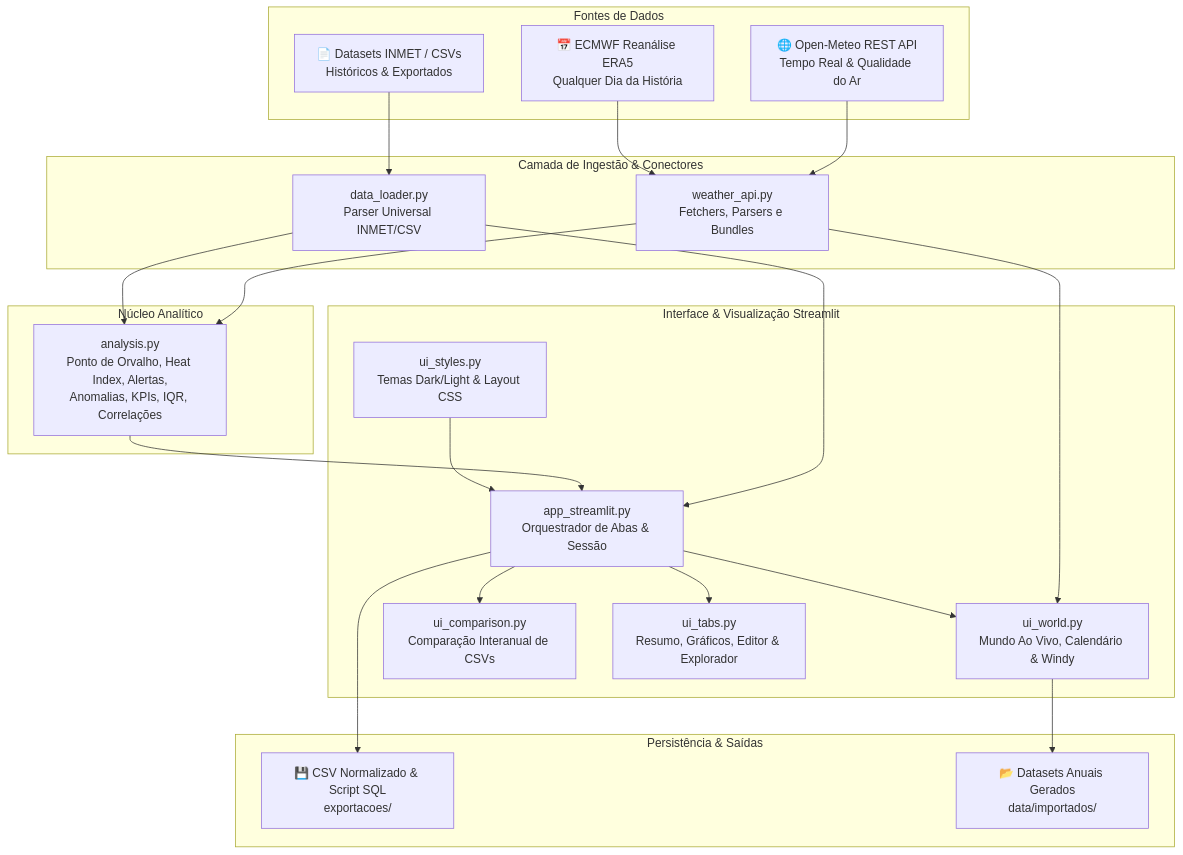
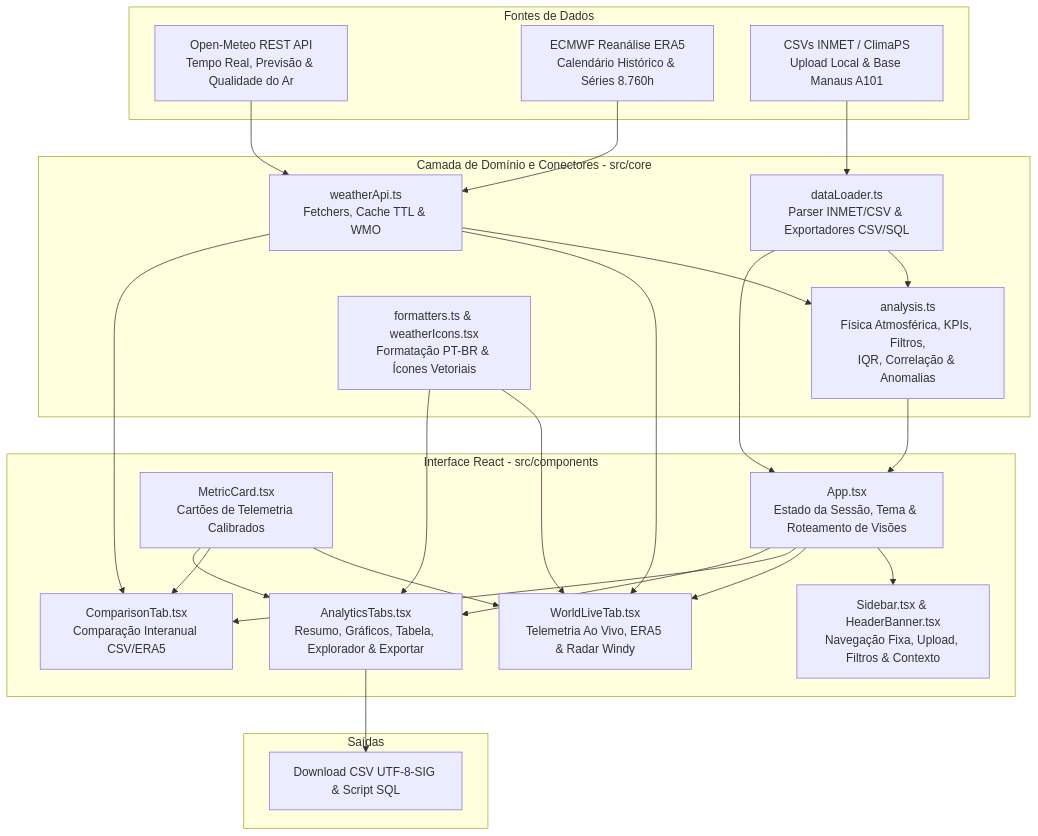
Before and after one commit to Sn0wdem/ClimaPS: the diagram in README.md, drawn with Mermaid. The commit also changed other lines of this file and 3 other files, not shown here.

````diff
--- a/README.md
+++ b/README.md
@@ -342,45 +174,48 @@
 ```mermaid
 flowchart TD
     subgraph Fontes de Dados
-        A[🌐 Open-Meteo REST API\nTempo Real & Qualidade do Ar]
-        B[📅 ECMWF Reanálise ERA5\nQualquer Dia da História]
-        C[📄 Datasets INMET / CSVs\nHistóricos & Exportados]
+        A[Open-Meteo REST API\nTempo Real, Previsão & Qualidade do Ar]
+        B[ECMWF Reanálise ERA5\nCalendário Histórico & Séries 8.760h]
+        C[CSVs INMET / ClimaPS\nUpload Local & Base Manaus A101]
     end
 
-    subgraph Camada de Ingestão & Conectores
-        W[weather_api.py\nFetchers, Parsers e Bundles]
-        D[data_loader.py\nParser Universal INMET/CSV]
+    subgraph Camada de Domínio e Conectores - src/core
+        W[weatherApi.ts\nFetchers, Cache TTL & WMO]
+        D[dataLoader.ts\nParser INMET/CSV & Exportadores CSV/SQL]
+        N[analysis.ts\nFísica Atmosférica, KPIs, Filtros,\nIQR, Correlação & Anomalias]
+        F[formatters.ts & weatherIcons.tsx\nFormatação PT-BR & Ícones Vetoriais]
     end
 
-    subgraph Núcleo Analítico
-        N[analysis.py\nPonto de Orvalho, Heat Index, Alertas,\nAnomalias, KPIs, IQR, Correlações]
+    subgraph Interface React - src/components
+        APP[App.tsx\nEstado da Sessão, Tema & Roteamento de Visões]
+        SB[Sidebar.tsx & HeaderBanner.tsx\nNavegação Fixa, Upload, Filtros & Contexto]
+        WL[WorldLiveTab.tsx\nTelemetria Ao Vivo, ERA5 & Radar Windy]
+        CP[ComparisonTab.tsx\nComparação Interanual CSV/ERA5]
+        AT[AnalyticsTabs.tsx\nResumo, Gráficos, Tabela, Explorador & Exportar]
+        MC[MetricCard.tsx\nCartões de Telemetria Calibrados]
     end
 
-    subgraph Interface & Visualização Streamlit
-        APP[app_streamlit.py\nOrquestrador de Abas & Sessão]
-        UW[ui_world.py\nMundo Ao Vivo, Calendário & Windy]
-        UC[ui_comparison.py\nComparação Interanual de CSVs]
-        UT[ui_tabs.py\nResumo, Gráficos, Editor & Explorador]
-        US[ui_styles.py\nTemas Dark/Light & Layout CSS]
-    end
-
-    subgraph Persistência & Saídas
-        EXP[💾 CSV Normalizado & Script SQL\nexportacoes/]
-        IMP[📂 Datasets Anuais Gerados\ndata/importados/]
+    subgraph Saídas
+        OUT[Download CSV UTF-8-SIG & Script SQL]
     end
 
     A --> W
     B --> W
     C --> D
     W --> N
     D --> N
-    W --> UW
+    F --> WL
+    F --> AT
+    W --> WL
+    W --> CP
     D --> APP
     N --> APP
-    APP --> UW
-    APP --> UC
-    APP --> UT
-    US --> APP
-    UW --> IMP
-    APP --> EXP
+    APP --> SB
+    APP --> WL
+    APP --> CP
+    APP --> AT
+    MC --> WL
+    MC --> CP
+    MC --> AT
+    AT --> OUT
 ```
````
